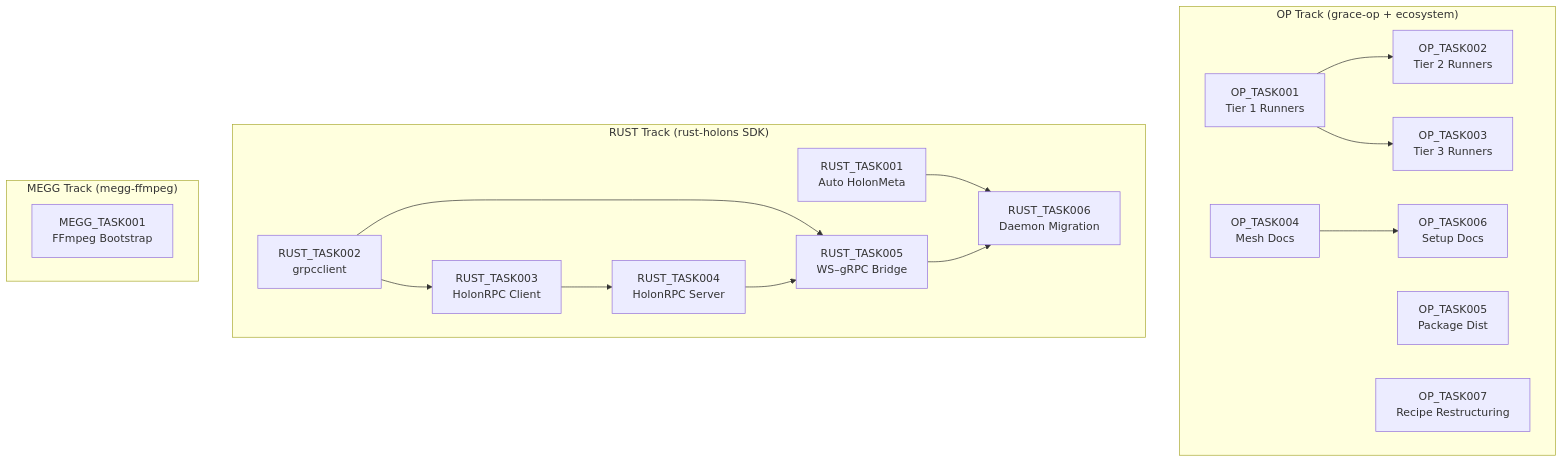
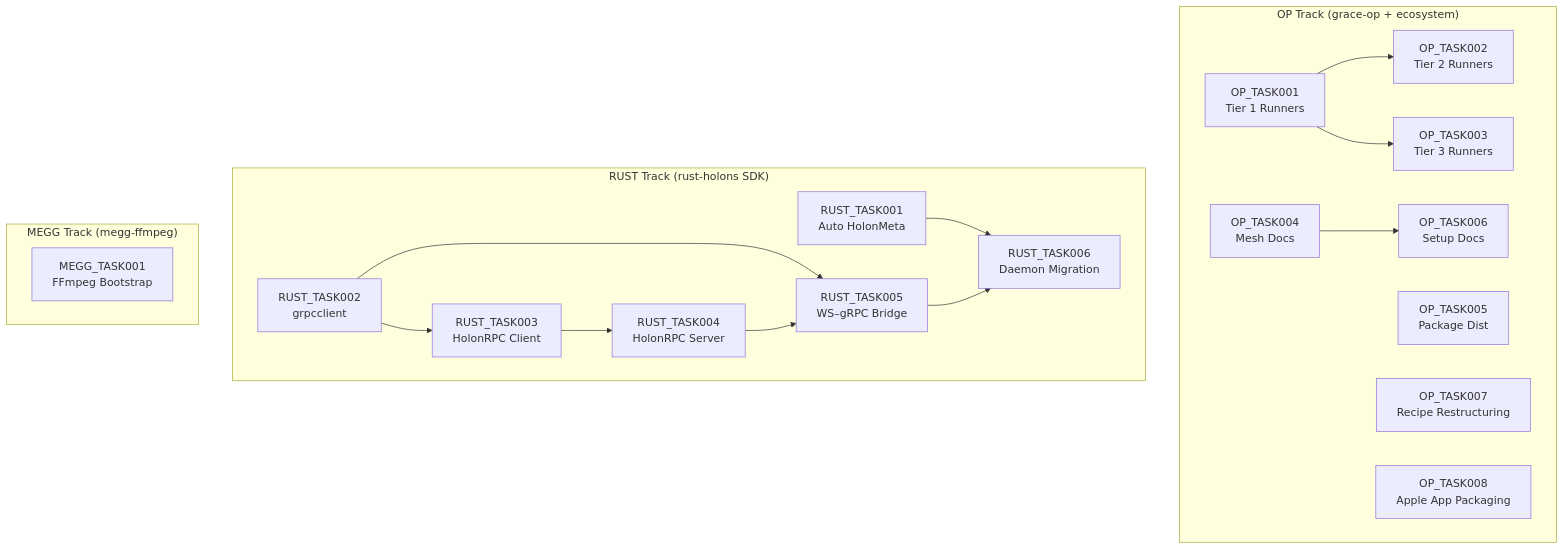
One commit to organic-programming/seed changed the diagram in design/ROADMAP.md. Above: the diagram before and after it, drawn with Mermaid. The commit also changed other lines of this file and 1 other file, not shown here.

Commit message:
add deploy-holon workflow, update ROADMAP, grace-op pointer

````diff
--- a/design/ROADMAP.md
+++ b/design/ROADMAP.md
@@ -7,36 +7,37 @@
 ```mermaid
 graph TD
     subgraph OP["OP Track (grace-op + ecosystem)"]
         OP1["OP_TASK001<br/>Tier 1 Runners"]
         OP2["OP_TASK002<br/>Tier 2 Runners"]
         OP3["OP_TASK003<br/>Tier 3 Runners"]
         OP4["OP_TASK004<br/>Mesh Docs"]
         OP5["OP_TASK005<br/>Package Dist"]
         OP6["OP_TASK006<br/>Setup Docs"]
         OP7["OP_TASK007<br/>Recipe Restructuring"]
+        OP8["OP_TASK008<br/>Apple App Packaging"]
 
         OP1 --> OP2
         OP1 --> OP3
         OP4 --> OP6
     end
 
     subgraph RUST["RUST Track (rust-holons SDK)"]
         R1["RUST_TASK001<br/>Auto HolonMeta"]
         R2["RUST_TASK002<br/>grpcclient"]
         R3["RUST_TASK003<br/>HolonRPC Client"]
         R4["RUST_TASK004<br/>HolonRPC Server"]
         R5["RUST_TASK005<br/>WS–gRPC Bridge"]
         R6["RUST_TASK006<br/>Daemon Migration"]
 
         R2 --> R3
         R3 --> R4
         R2 --> R5
         R4 --> R5
         R1 --> R6
         R5 --> R6
     end
 
     subgraph MEGG["MEGG Track (megg-ffmpeg)"]
         M1["MEGG_TASK001<br/>FFmpeg Bootstrap"]
     end
 ```
````
